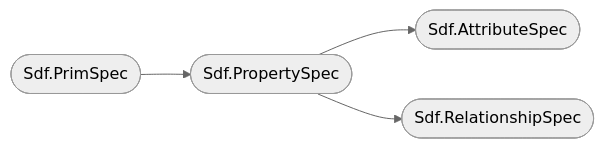
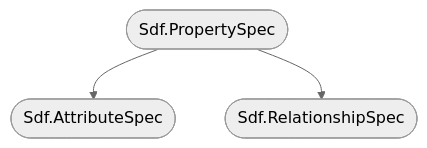
The second of 2 diagrams in docs/src/core/elements/property.md (LucaScheller/VFX-UsdSurvivalGuide), drawn with Mermaid (neutral theme) before and after one commit. The commit also changed other lines of this file and 6 other files, not shown here.

````diff
--- a/docs/src/core/elements/property.md
+++ b/docs/src/core/elements/property.md
@@ -12,6 +12,6 @@
 ```mermaid
-flowchart LR
-    prim([Sdf.PrimSpec]) --> property([Sdf.PropertySpec])
+flowchart TD
+    property([Sdf.PropertySpec])
     property --> attribute([Sdf.AttributeSpec])
     property --> relationship([Sdf.RelationshipSpec])
 ```
````
